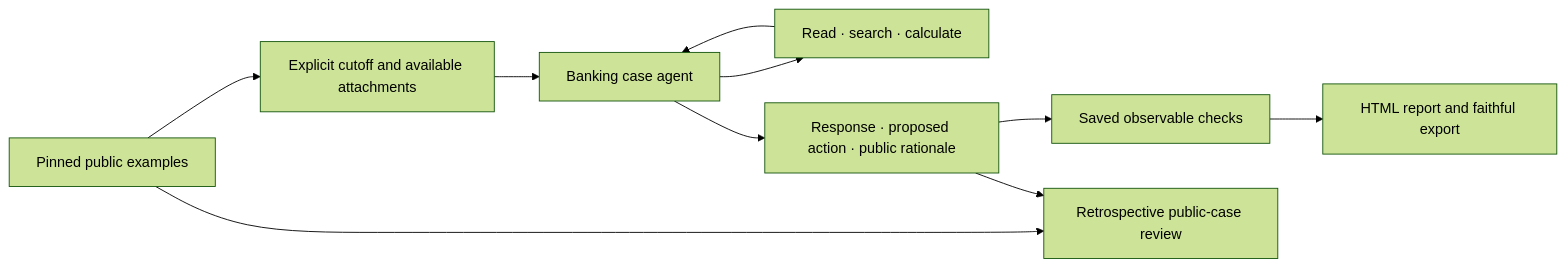
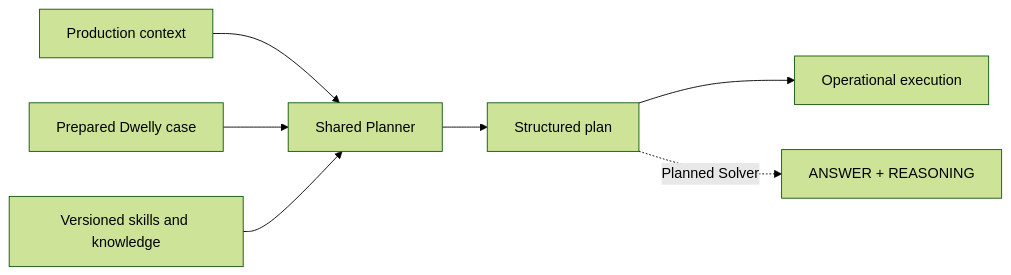
One commit to xmanatee/dwelly-hack-2026 changed the diagram in README.md. Above: the diagram before and after it, drawn with Mermaid (forest theme). The commit also changed other lines of this file and 9 other files, not shown here.

Commit message:
docs: present product architecture and planner evaluation story

````diff
--- a/README.md
+++ b/README.md
@@ -52,12 +45,9 @@
 ```mermaid
 flowchart LR
-    D[Pinned public examples] --> V[Explicit cutoff and available attachments]
-    V --> A[Banking case agent]
-    A --> T[Read · search · calculate]
-    T --> A
-    A --> S[Response · proposed action · public rationale]
-    S --> E[Saved observable checks]
-    E --> R[HTML report and faithful export]
-    D --> H[Retrospective public-case review]
-    S --> H
+    A[Production context] --> P[Shared Planner]
+    B[Prepared Dwelly case] --> P
+    K[Versioned skills and knowledge] --> P
+    P --> D[Structured plan]
+    D --> E[Operational execution]
+    D -. Planned Solver .-> F[ANSWER + REASONING]
 ```
````
